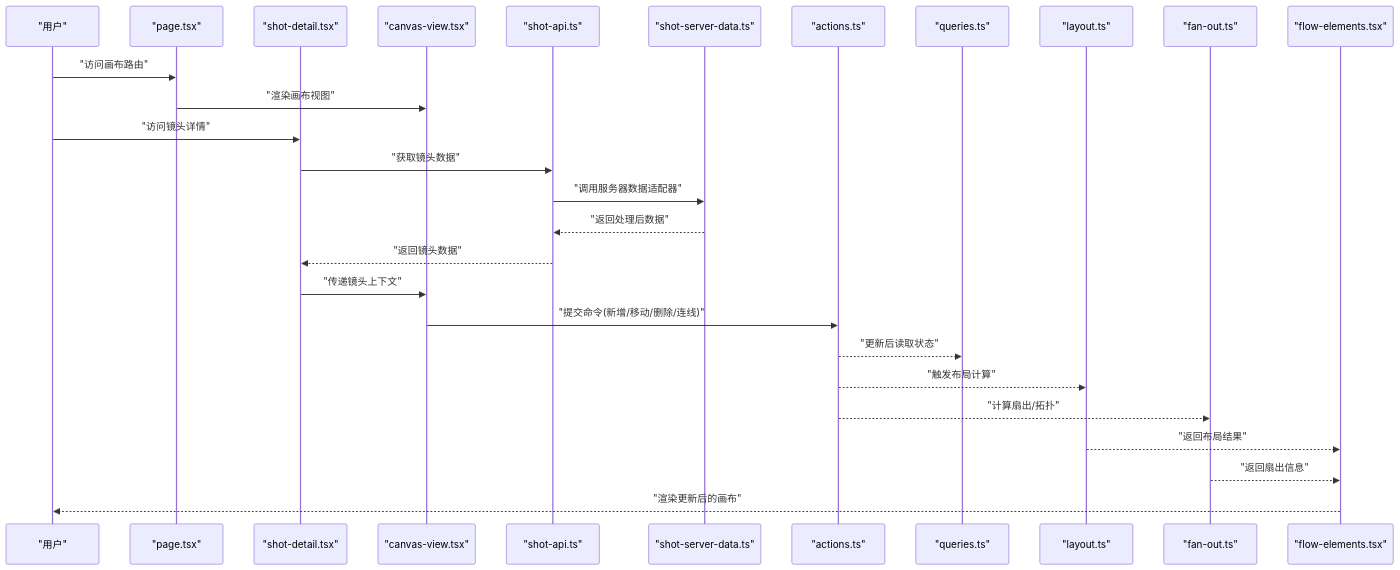
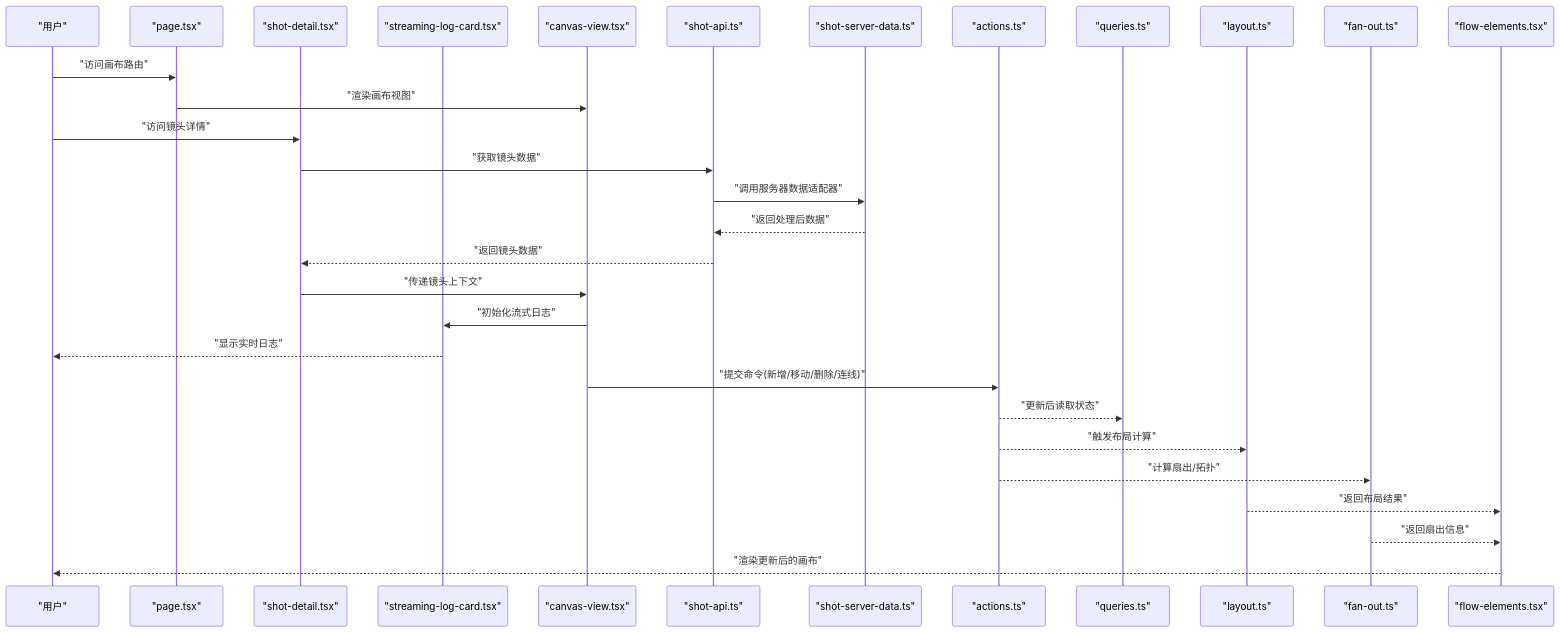
Before and after one commit to AIMFllyYS/code-video-canvas: the second of 14 diagrams in .qoder/repowiki/zh/content/架构设计/核心模块设计/画布编辑器设计/画布编辑器设计.md, drawn with Mermaid. The commit also changed other lines of this file and 47 other files, not shown here.

````diff
--- a/.qoder/repowiki/zh/content/架构设计/核心模块设计/画布编辑器设计/画布编辑器设计.md
+++ b/.qoder/repowiki/zh/content/架构设计/核心模块设计/画布编辑器设计/画布编辑器设计.md
@@ -207,29 +215,32 @@
 ```mermaid
 sequenceDiagram
 participant U as "用户"
 participant P as "page.tsx"
 participant SD as "shot-detail.tsx"
+participant SLC as "streaming-log-card.tsx"
 participant V as "canvas-view.tsx"
 participant SA as "shot-api.ts"
 participant SS as "shot-server-data.ts"
 participant A as "actions.ts"
 participant Q as "queries.ts"
 participant L as "layout.ts"
 participant F as "fan-out.ts"
 participant R as "flow-elements.tsx"
 U->>P : "访问画布路由"
 P->>V : "渲染画布视图"
 U->>SD : "访问镜头详情"
 SD->>SA : "获取镜头数据"
 SA->>SS : "调用服务器数据适配器"
 SS-->>SA : "返回处理后数据"
 SA-->>SD : "返回镜头数据"
 SD->>V : "传递镜头上下文"
+V->>SLC : "初始化流式日志"
+SLC-->>U : "显示实时日志"
 V->>A : "提交命令(新增/移动/删除/连线)"
 A-->>Q : "更新后读取状态"
 A-->>L : "触发布局计算"
 A-->>F : "计算扇出/拓扑"
 L-->>R : "返回布局结果"
 F-->>R : "返回扇出信息"
 R-->>U : "渲染更新后的画布"
 ```
````
